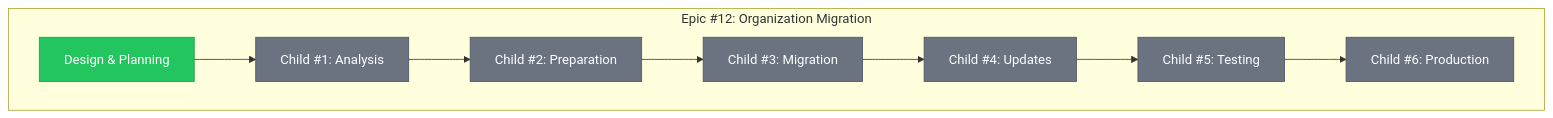
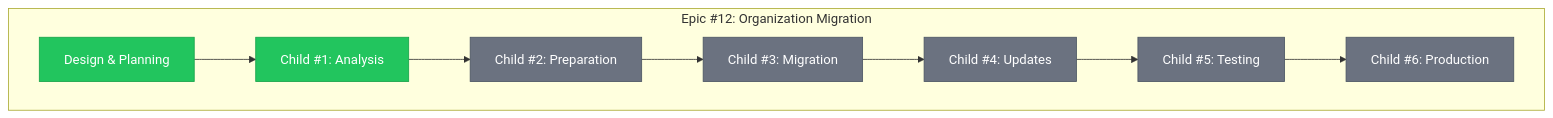
Before and after one commit to info-tech-io/info-tech-io.github.io: the first of 2 diagrams in docs/proposals/epic-12-organization-migration/progress.md, drawn with Mermaid. The commit also changed other lines of this file and 2 other files, not shown here.

````diff
--- a/docs/proposals/epic-12-organization-migration/progress.md
+++ b/docs/proposals/epic-12-organization-migration/progress.md
@@ -12,19 +12,20 @@
 ```mermaid
 graph TD
     subgraph "Epic #12: Organization Migration"
         A[Design & Planning] --> B[Child #1: Analysis]
         B --> C[Child #2: Preparation]
         C --> D[Child #3: Migration]
         D --> E[Child #4: Updates]
         E --> F[Child #5: Testing]
         F --> G[Child #6: Production]
     end
 
     classDef completed fill:#22c55e,stroke:#16a34a,color:#fff
     classDef inProgress fill:#3b82f6,stroke:#1d4ed8,color:#fff
     classDef pending fill:#6b7280,stroke:#4b5563,color:#fff
     classDef blocked fill:#ef4444,stroke:#dc2626,color:#fff
 
-    class A completed
-    class B,C,D,E,F,G pending
+    class A,B completed
+    class C pending
+    class D,E,F,G pending
 ```
````
